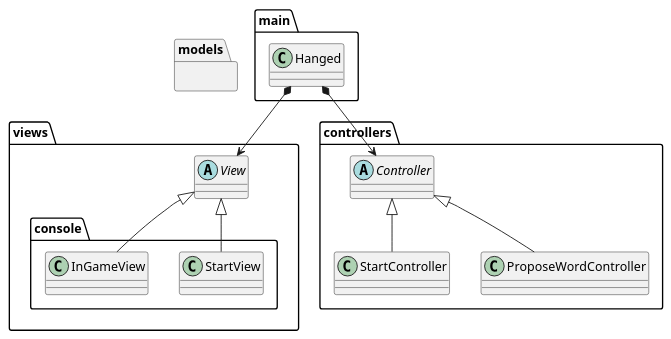
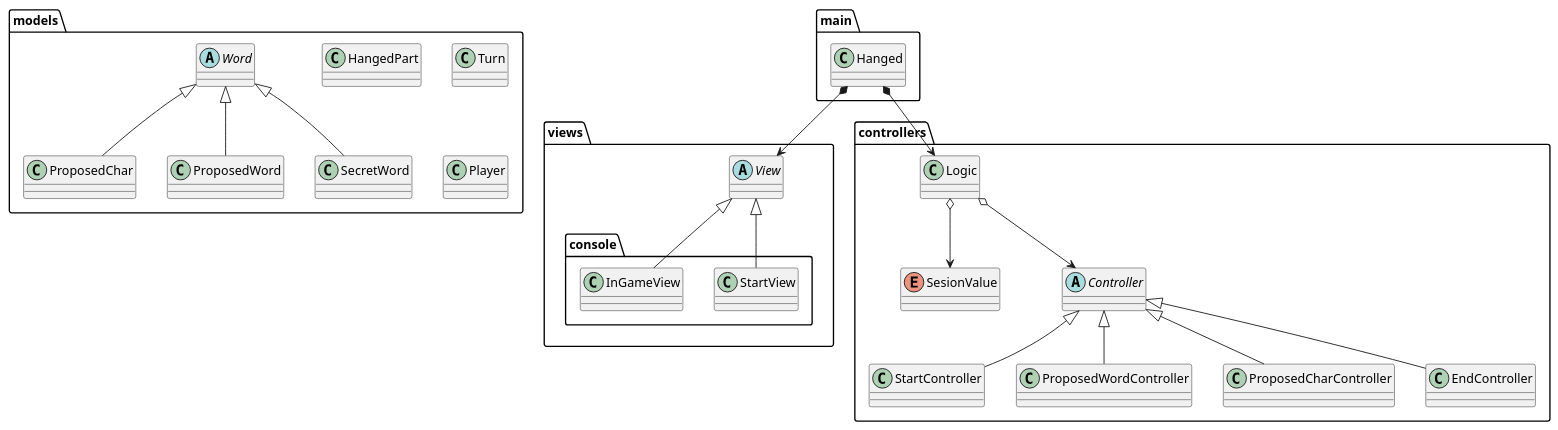
Before and after one commit to jumpering/Hanged: the diagram in requirements/puml/MVC.puml, drawn with PlantUML. The commit also changed 16 other files, not shown here.

```diff
--- a/requirements/puml/MVC.puml
+++ b/requirements/puml/MVC.puml
@@ -1,33 +1,54 @@
 @startuml
 package "main" {
 class Hanged
 }
 
 package "views"{
 abstract class View
     package "console" {
         class StartView
         class InGameView
     }
 }
 
 package "controllers"{
+class Logic
+enum SesionValue
 abstract class Controller
 class StartController
-class ProposeWordController
+class ProposedWordController
+class ProposedCharController
+class EndController
+
+
 }
 
 
 package "models" {
-
+abstract class Word
+class ProposedChar
+class ProposedWord
+class SecretWord
+class HangedPart
+class Turn
+class Player
 }
 Hanged *--> View
-Hanged *--> Controller
+Hanged *--> Logic
+Logic o--> Controller
 View <|-- StartView
 View <|-- InGameView
 
 Controller <|-- StartController
-Controller <|-- ProposeWordController
+Controller <|-- ProposedWordController
+Controller <|-- ProposedCharController
+Controller <|-- EndController
+
+Logic o--> SesionValue
+Word <|-- ProposedChar
+Word <|-- ProposedWord
+Word <|-- SecretWord
+
 
 
 @enduml
```
